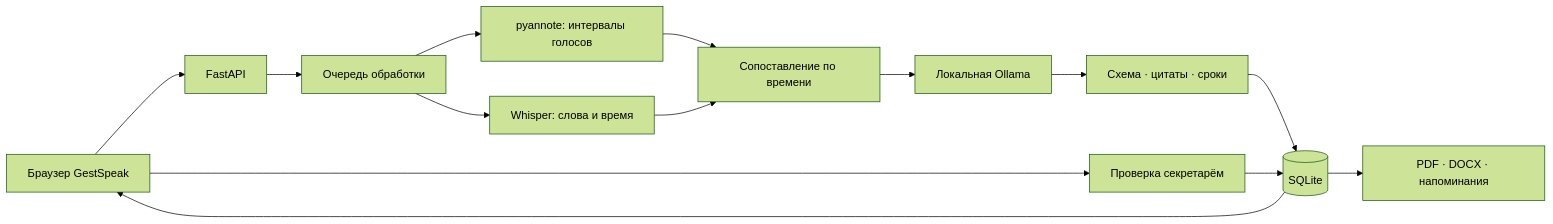
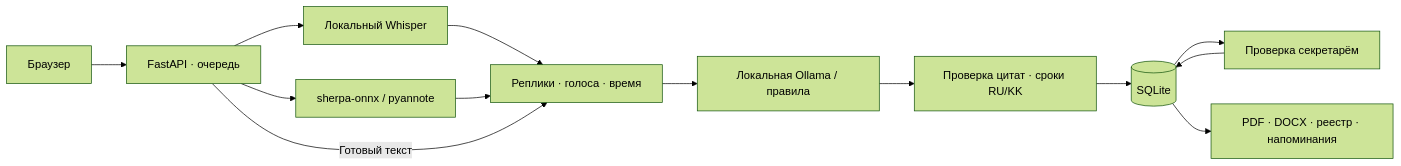
The diagram in README.md (BAITC-Hacks/hack-a7c30eea-gestspeak), drawn with Mermaid (forest theme) before and after one commit. The commit also changed other lines of this file and 4 other files, not shown here.

````diff
--- a/README.md
+++ b/README.md
@@ -172,16 +79,15 @@
 ```mermaid
 flowchart LR
-    UI[Браузер GestSpeak] --> API[FastAPI]
-    API --> Q[Очередь обработки]
-    Q --> D[pyannote: интервалы голосов]
-    Q --> W[Whisper: слова и время]
-    D --> A[Сопоставление по времени]
-    W --> A
-    A --> L[Локальная Ollama]
-    L --> V[Схема · цитаты · сроки]
+    UI[Браузер] --> API[FastAPI · очередь]
+    API --> W[Локальный Whisper]
+    API --> D[sherpa-onnx / pyannote]
+    W --> T[Реплики · голоса · время]
+    D --> T
+    API -->|Готовый текст| T
+    T --> L[Локальная Ollama / правила]
+    L --> V[Проверка цитат · сроки RU/KK]
     V --> DB[(SQLite)]
-    DB --> UI
-    UI --> H[Проверка секретарём]
+    DB --> H[Проверка секретарём]
     H --> DB
-    DB --> E[PDF · DOCX · напоминания]
+    DB --> E[PDF · DOCX · реестр · напоминания]
 ```
````
